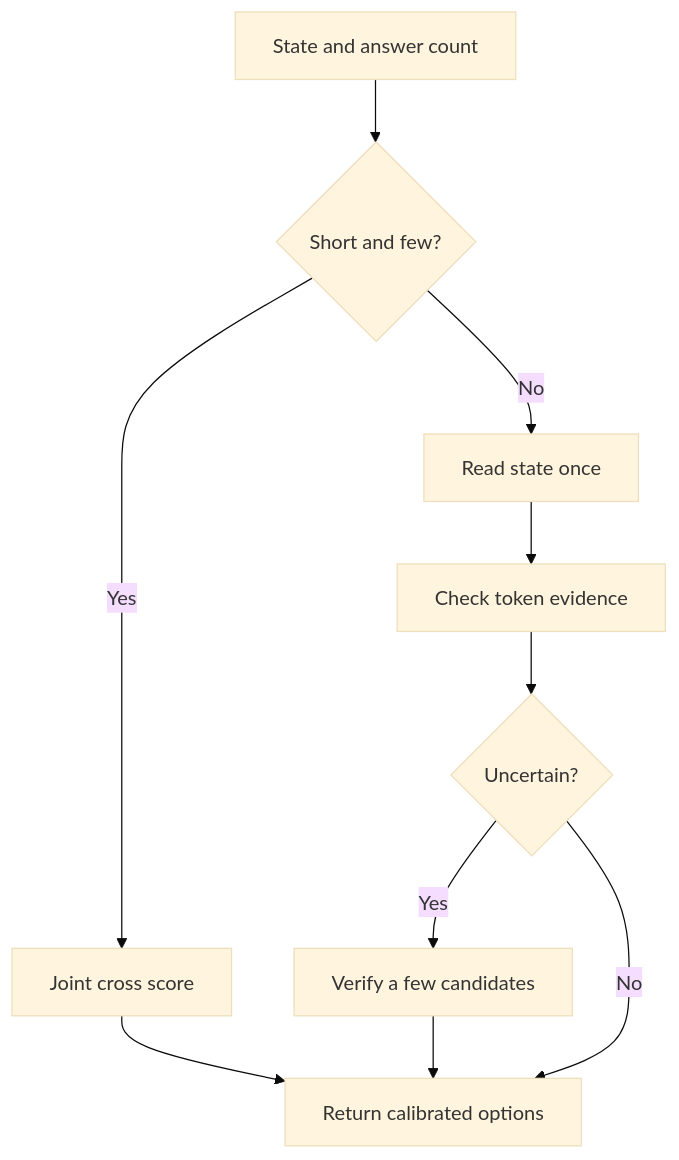
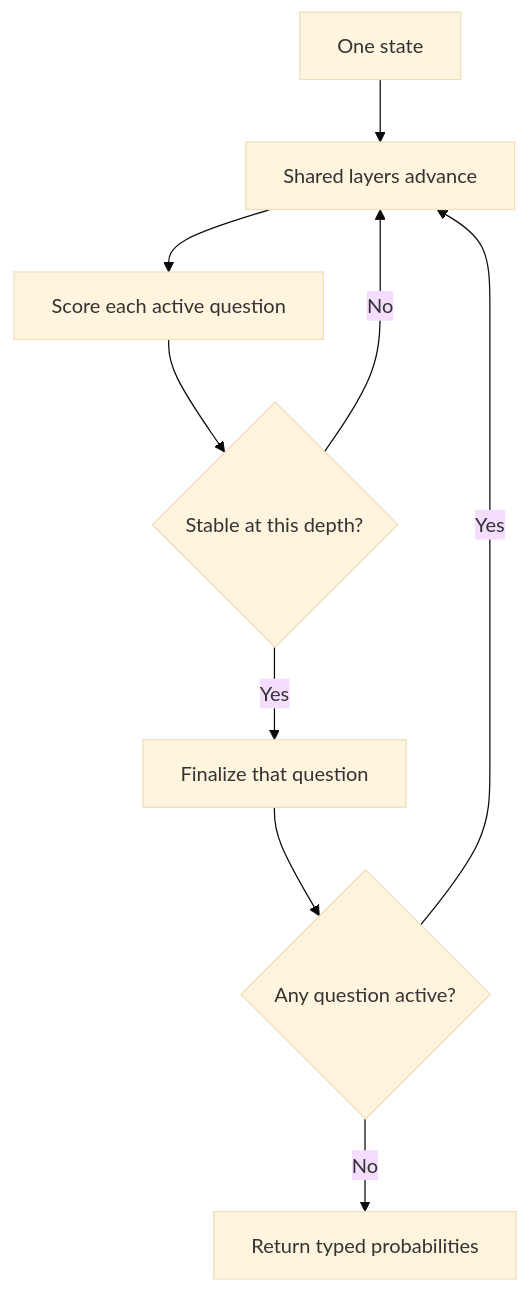
The diagram in docs/ideas.md (thepragmatik/revv), drawn with Mermaid (base theme) before and after one commit. The commit also changed other lines of this file and 10 other files, not shown here.

````diff
--- a/docs/ideas.md
+++ b/docs/ideas.md
@@ -11,12 +34,11 @@
-```mermaid
+~~~~mermaid
 flowchart TD
-    W["State and answer count"] --> R{"Short and few?"}
-    R -->|Yes| X["Joint cross score"]
-    R -->|No| S["Read state once"]
-    S --> E["Check token evidence"]
-    E --> U{"Uncertain?"}
-    U -->|Yes| V["Verify a few candidates"]
-    U -->|No| A["Return calibrated options"]
-    X --> A
-    V --> A
-```
+    D["One state"] --> L["Shared layers advance"]
+    L --> Q["Score each active question"]
+    Q --> G{"Stable at this depth?"}
+    G -->|Yes| F["Finalize that question"]
+    G -->|No| L
+    F --> S{"Any question active?"}
+    S -->|Yes| L
+    S -->|No| O["Return typed probabilities"]
+~~~~
````
